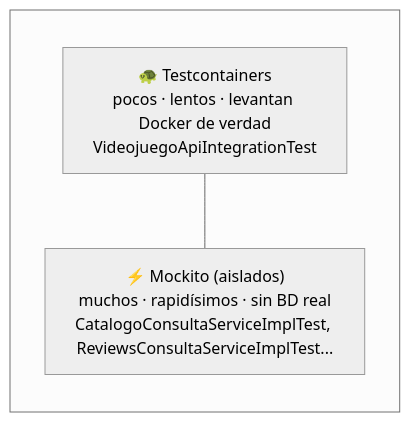
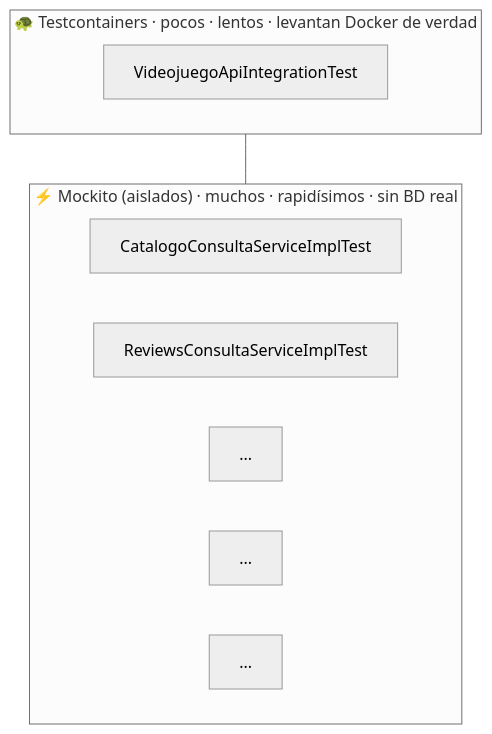
One commit to aitorventura/acceso-a-datos changed the first of 2 diagrams in docs/tema4/integracion-y-pruebas.md. Above: the diagram before and after it, drawn with Mermaid (neutral theme). The commit also changed other lines of this file and 2 other files, not shown here.

Commit message:
Revisión del último apartado de teoría y Actividad 4.3 de AD
Reformula la sección de documentación de componentes para no repetir el Tema 2, arregla el diagrama de la pirámide de tests para que refleje pocos/muchos visualmente, y guía la Actividad 4.3 con cabecera de método, endpoints/DTOs por tramo y aserciones dadas. Simplifica el CI (borra GamevaultApplicationTests, ya redundante, en vez de excluirlo) y añade su plantilla.

````diff
--- a/docs/tema4/integracion-y-pruebas.md
+++ b/docs/tema4/integracion-y-pruebas.md
@@ -76,9 +77,16 @@
 ```mermaid
 flowchart TB
-    subgraph P[" "]
-    direction TB
-    C["🐢 Testcontainers<br/>pocos · lentos · levantan Docker de verdad<br/>VideojuegoApiIntegrationTest"]
-    B["⚡ Mockito (aislados)<br/>muchos · rapidísimos · sin BD real<br/>CatalogoConsultaServiceImplTest, ReviewsConsultaServiceImplTest..."]
-    C --- B
+    subgraph Integracion["🐢 Testcontainers · pocos · lentos · levantan Docker de verdad"]
+    direction LR
+    I1["VideojuegoApiIntegrationTest"]
     end
+    subgraph Aislados["⚡ Mockito (aislados) · muchos · rapidísimos · sin BD real"]
+    direction LR
+    A1["CatalogoConsultaServiceImplTest"]
+    A2["ReviewsConsultaServiceImplTest"]
+    A3["..."]
+    A4["..."]
+    A5["..."]
+    end
+    Integracion --- Aislados
 ```
````
